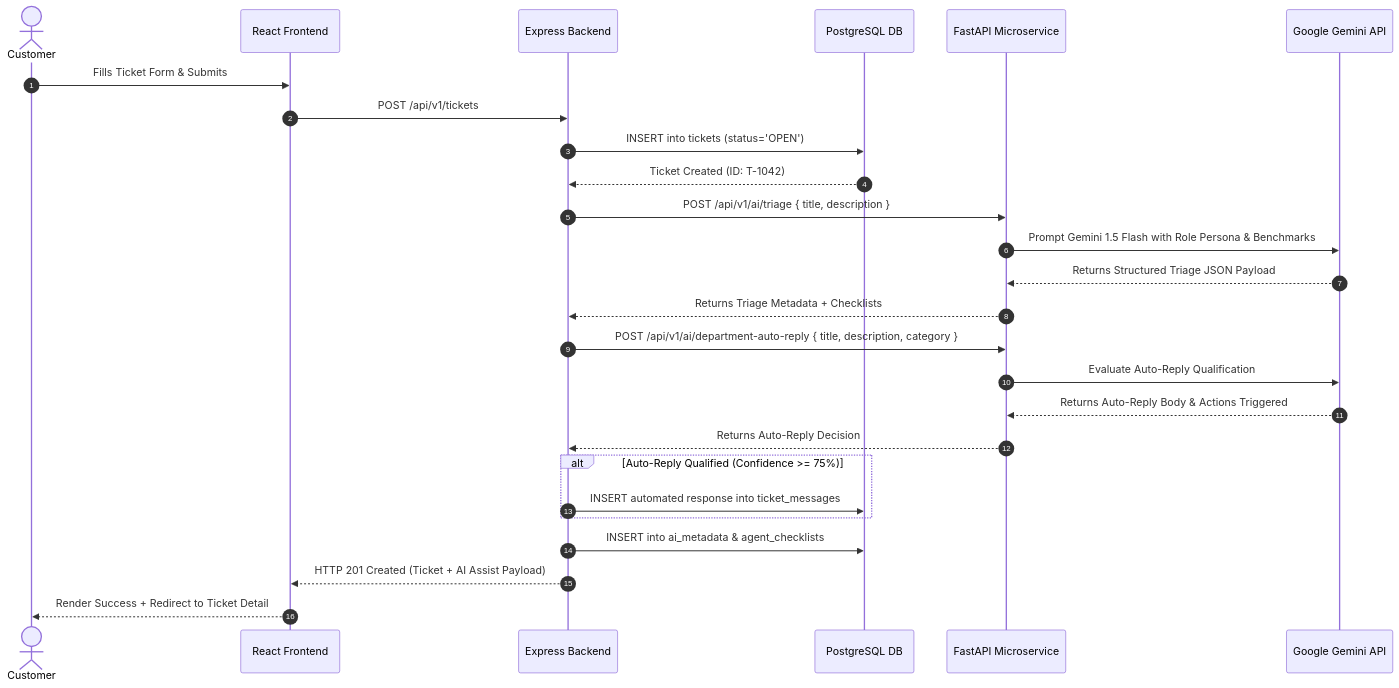
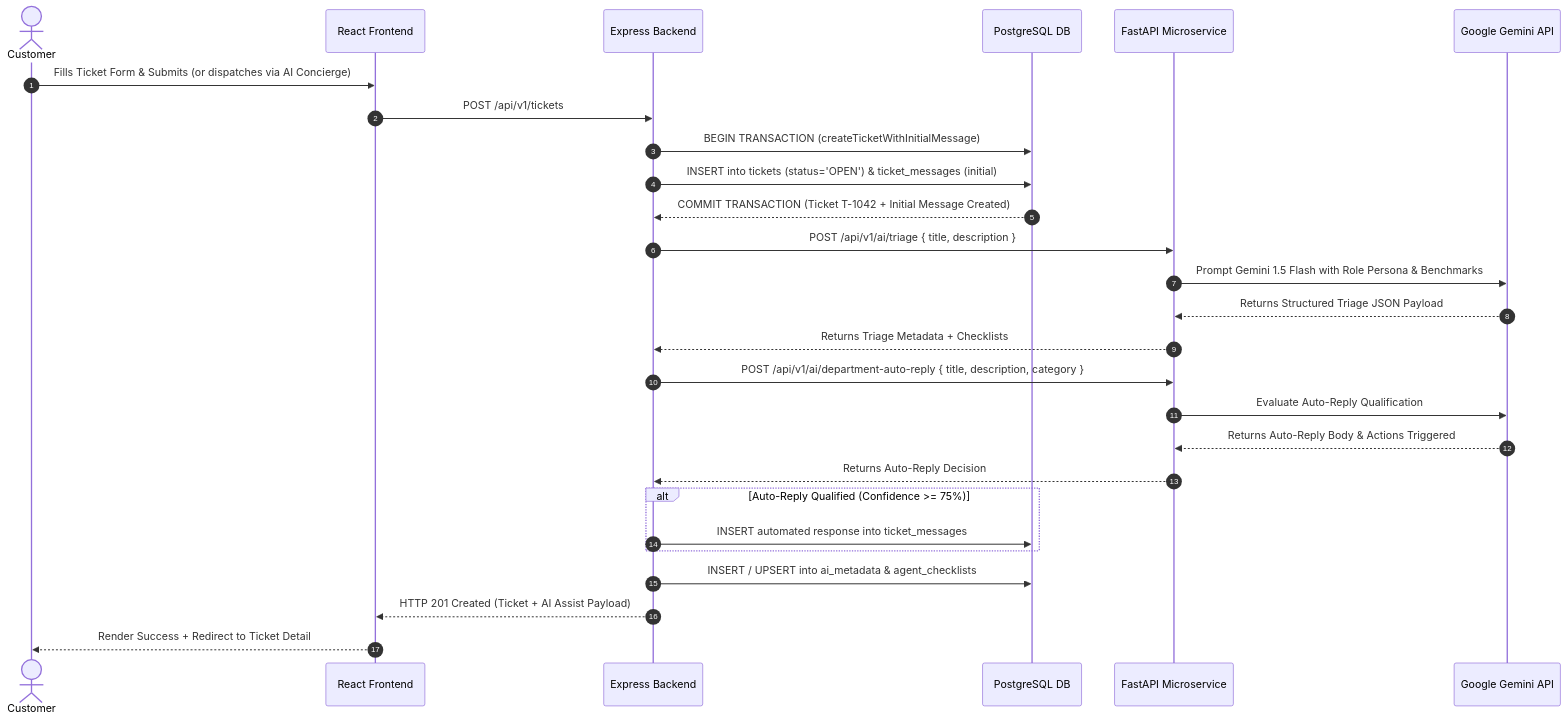
One commit to ByteLounge/SupportSenseAI changed the third of 4 diagrams in README.md. Above: the diagram before and after it, drawn with Mermaid. The commit also changed other lines of this file and 17 other files, not shown here.

````diff
--- a/README.md
+++ b/README.md
@@ -279,33 +301,34 @@
 ```mermaid
 sequenceDiagram
     autonumber
     actor Customer
     participant FE as React Frontend
     participant BE as Express Backend
     participant DB as PostgreSQL DB
     participant AI as FastAPI Microservice
     participant GEM as Google Gemini API
 
-    Customer->>FE: Fills Ticket Form & Submits
+    Customer->>FE: Fills Ticket Form & Submits (or dispatches via AI Concierge)
     FE->>BE: POST /api/v1/tickets
-    BE->>DB: INSERT into tickets (status='OPEN')
-    DB-->>BE: Ticket Created (ID: T-1042)
+    BE->>DB: BEGIN TRANSACTION (createTicketWithInitialMessage)
+    BE->>DB: INSERT into tickets (status='OPEN') & ticket_messages (initial)
+    DB-->>BE: COMMIT TRANSACTION (Ticket T-1042 + Initial Message Created)
 
     BE->>AI: POST /api/v1/ai/triage { title, description }
     AI->>GEM: Prompt Gemini 1.5 Flash with Role Persona & Benchmarks
     GEM-->>AI: Returns Structured Triage JSON Payload
     AI-->>BE: Returns Triage Metadata + Checklists
 
     BE->>AI: POST /api/v1/ai/department-auto-reply { title, description, category }
     AI->>GEM: Evaluate Auto-Reply Qualification
     GEM-->>AI: Returns Auto-Reply Body & Actions Triggered
     AI-->>BE: Returns Auto-Reply Decision
 
     alt Auto-Reply Qualified (Confidence >= 75%)
         BE->>DB: INSERT automated response into ticket_messages
     end
 
-    BE->>DB: INSERT into ai_metadata & agent_checklists
+    BE->>DB: INSERT / UPSERT into ai_metadata & agent_checklists
     BE-->>FE: HTTP 201 Created (Ticket + AI Assist Payload)
     FE-->>Customer: Render Success + Redirect to Ticket Detail
 ```
````
